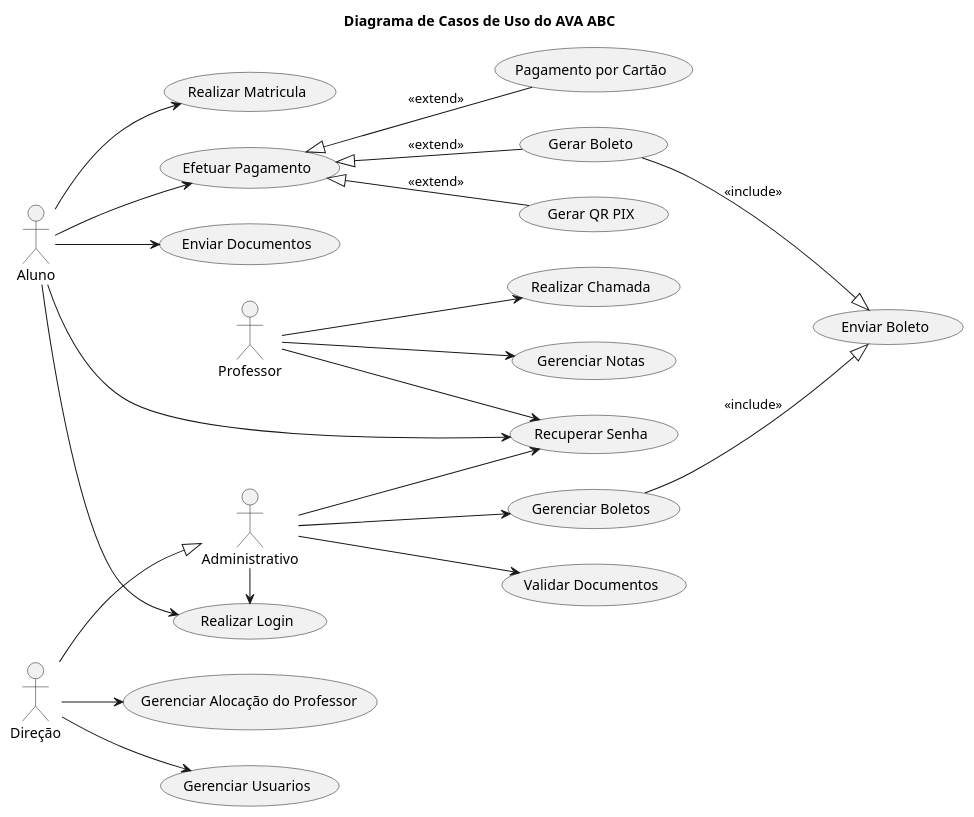
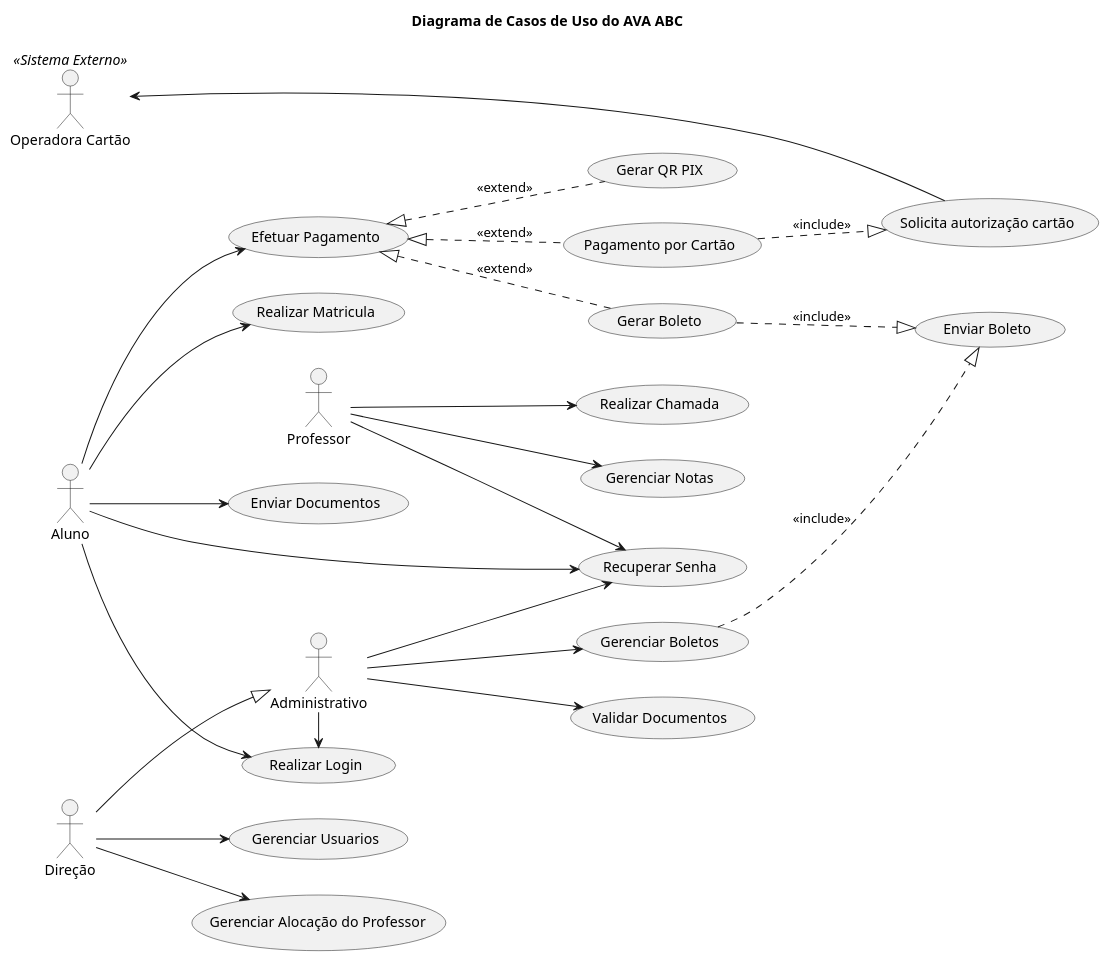
One commit to PosGraduacaoEquipe7/diagramas-plant-uml changed the diagram in modelo-diagrama.puml. Above: the diagram before and after it, drawn with PlantUML.

```diff
--- a/modelo-diagrama.puml
+++ b/modelo-diagrama.puml
@@ -1,37 +1,41 @@
 @startuml
 left to right direction
 'skinparam actorStyle awesome
 title Diagrama de Casos de Uso do AVA ABC
 
 actor :Aluno: as A
 actor :Professor: as P
 actor :Administrativo: as Adm
 actor :Direção: as D
+actor :Operadora Cartão: as Visa <<Sistema Externo>>
 
+Visa <---- (Solicita autorização cartão)
 A --> (Realizar Login)
 A --> (Realizar Matricula)
 A --> (Efetuar Pagamento)
 A --> (Enviar Documentos)
 A --> (Recuperar Senha)
 
 P --> (Realizar Chamada)
 P --> (Gerenciar Notas)
 P --> (Recuperar Senha)
 Adm --> (Gerenciar Boletos)
 Adm --> (Validar Documentos)
 Adm --> (Recuperar Senha)
 Adm -> (Realizar Login)
 
 D --> (Gerenciar Usuarios)
 D --> (Gerenciar Alocação do Professor)
 D --|> Adm
 
-(Gerenciar Boletos) --|> (Enviar Boleto) : <<include>>
-(Gerar Boleto) --|> (Enviar Boleto) : <<include>>
+(Gerenciar Boletos) ..|> (Enviar Boleto) : <<include>>
+(Gerar Boleto) ..|> (Enviar Boleto) : <<include>>
 
 ' extends include seta -- | >
-(Efetuar Pagamento) <|-- (Gerar QR PIX) : <<extend>>
-(Efetuar Pagamento) <|-- (Gerar Boleto) : <<extend>>
-(Efetuar Pagamento) <|-- (Pagamento por Cartão) : <<extend>>
+(Efetuar Pagamento) <|.. (Gerar QR PIX) : <<extend>>
+(Efetuar Pagamento) <|.. (Gerar Boleto) : <<extend>>
+(Efetuar Pagamento) <|.. (Pagamento por Cartão) : <<extend>>
+
+(Pagamento por Cartão) ..|> (Solicita autorização cartão) : <<include>>
 
 @enduml
```
